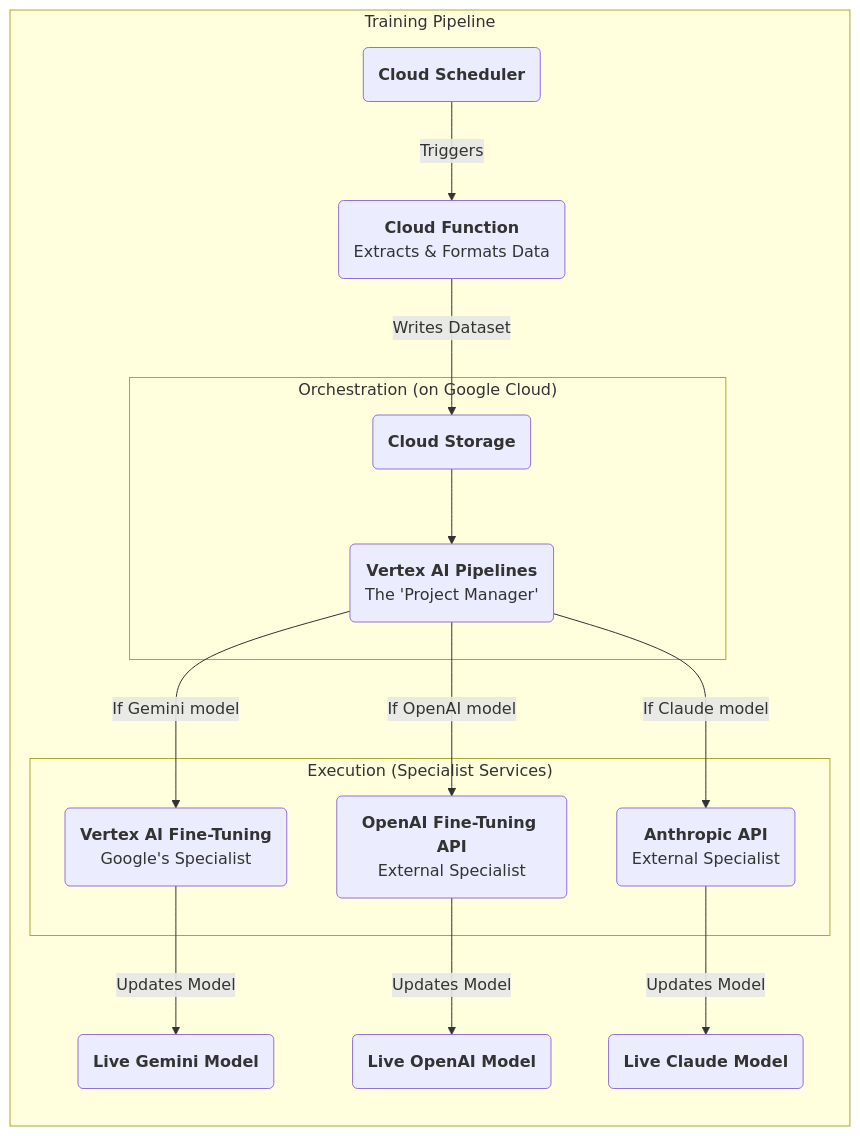
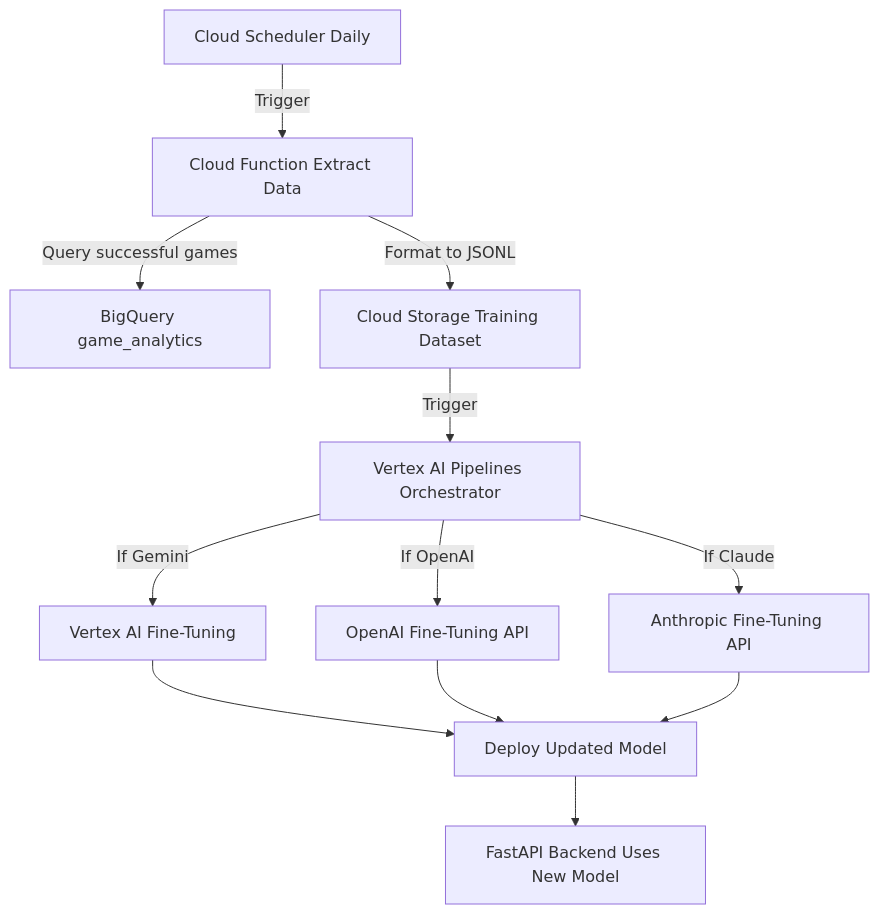
One commit to domini04/AI-Imposter changed the second of 2 diagrams in docs/pipelines_architecture.md. Above: the diagram before and after it, drawn with Mermaid. The commit also changed other lines of this file and 11 other files, not shown here.

````diff
--- a/docs/pipelines_architecture.md
+++ b/docs/pipelines_architecture.md
@@ -94,22 +290,17 @@
 ```mermaid
 graph TD
-    subgraph "Training Pipeline"
-        direction TB
-        G("<b>Cloud Scheduler</b>") -->|Triggers| H("<b>Cloud Function</b><br>Extracts & Formats Data");
-        H -->|Writes Dataset| I("<b>Cloud Storage</b>");
+    A[Cloud Scheduler Daily] -->|Trigger| B[Cloud Function Extract Data]
+    B -->|Query successful games| C[BigQuery game_analytics]
+    B -->|Format to JSONL| D[Cloud Storage Training Dataset]
+    D -->|Trigger| E[Vertex AI Pipelines Orchestrator]
 
-        subgraph "Orchestration (on Google Cloud)"
-            I --> J("<b>Vertex AI Pipelines</b><br>The 'Project Manager'");
-        end
+    E -->|If Gemini| F[Vertex AI Fine-Tuning]
+    E -->|If OpenAI| G[OpenAI Fine-Tuning API]
+    E -->|If Claude| H[Anthropic Fine-Tuning API]
 
-        subgraph "Execution (Specialist Services)"
-            J -->|If Gemini model| K_GCP("<b>Vertex AI Fine-Tuning</b><br>Google's Specialist");
-            J -->|If OpenAI model| K_OpenAI("<b>OpenAI Fine-Tuning API</b><br>External Specialist");
-            J -->|If Claude model| K_Anthropic("<b>Anthropic API</b><br>External Specialist");
-        end
+    F --> I[Deploy Updated Model]
+    G --> I
+    H --> I
 
-        K_GCP -->|Updates Model| F_GCP(<b>Live Gemini Model</b>);
-        K_OpenAI -->|Updates Model| F_OpenAI(<b>Live OpenAI Model</b>);
-        K_Anthropic -->|Updates Model| F_Anthropic(<b>Live Claude Model</b>);
-    end
+    I --> J[FastAPI Backend Uses New Model]
 ```
````
